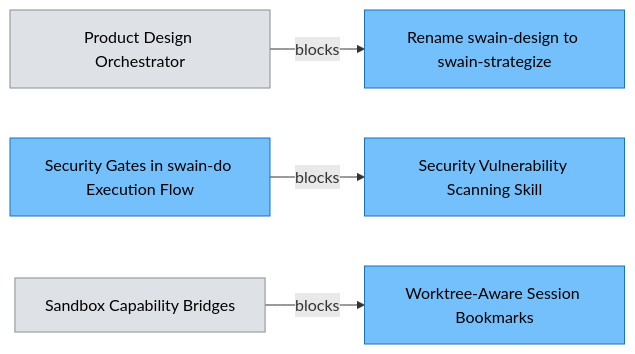
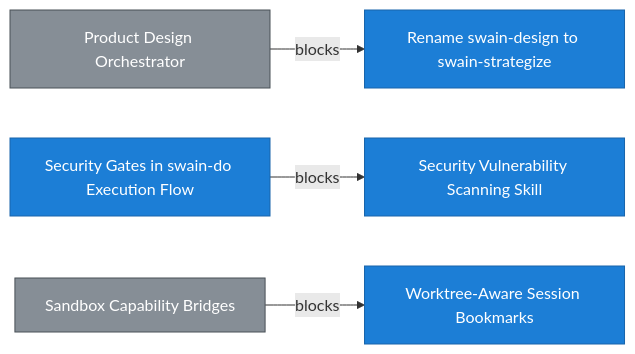
One commit to cristoslc/swain changed the third of 3 diagrams in ROADMAP.md. Above: the diagram before and after it, drawn with Mermaid. The commit also changed other lines of this file and 3 other files, not shown here.

First line of the commit message:
feat(specgraph): improve roadmap legibility and integrate swain-status freshness check

````diff
--- a/ROADMAP.md
+++ b/ROADMAP.md
@@ -119,16 +122,16 @@
 ```mermaid
 graph LR
-    classDef doFirst fill:#ff6b6b,stroke:#c92a2a,color:#fff
-    classDef scheduled fill:#ffd43b,stroke:#e67700,color:#000
-    classDef inProgress fill:#74c0fc,stroke:#1971c2,color:#000
-    classDef backlog fill:#dee2e6,stroke:#868e96,color:#000
+    classDef doFirst fill:#e03131,stroke:#c92a2a,color:#fff
+    classDef scheduled fill:#f59f00,stroke:#e67700,color:#000
+    classDef inProgress fill:#1c7ed6,stroke:#1864ab,color:#fff
+    classDef backlog fill:#868e96,stroke:#495057,color:#fff
     EPIC_016["Worktree-Aware Session Bookmarks"]:::inProgress
     EPIC_017["Security Vulnerability Scanning Skill"]:::inProgress
     EPIC_019["Rename swain-design to swain-strategize"]:::inProgress
     EPIC_021["Product Design Orchestrator"]:::backlog
     EPIC_023["Security Gates in swain-do Execution Flow"]:::inProgress
     EPIC_036["Sandbox Capability Bridges"]:::backlog
     EPIC_021 -->|blocks| EPIC_019
     EPIC_023 -->|blocks| EPIC_017
     EPIC_036 -->|blocks| EPIC_016
 ```
````
